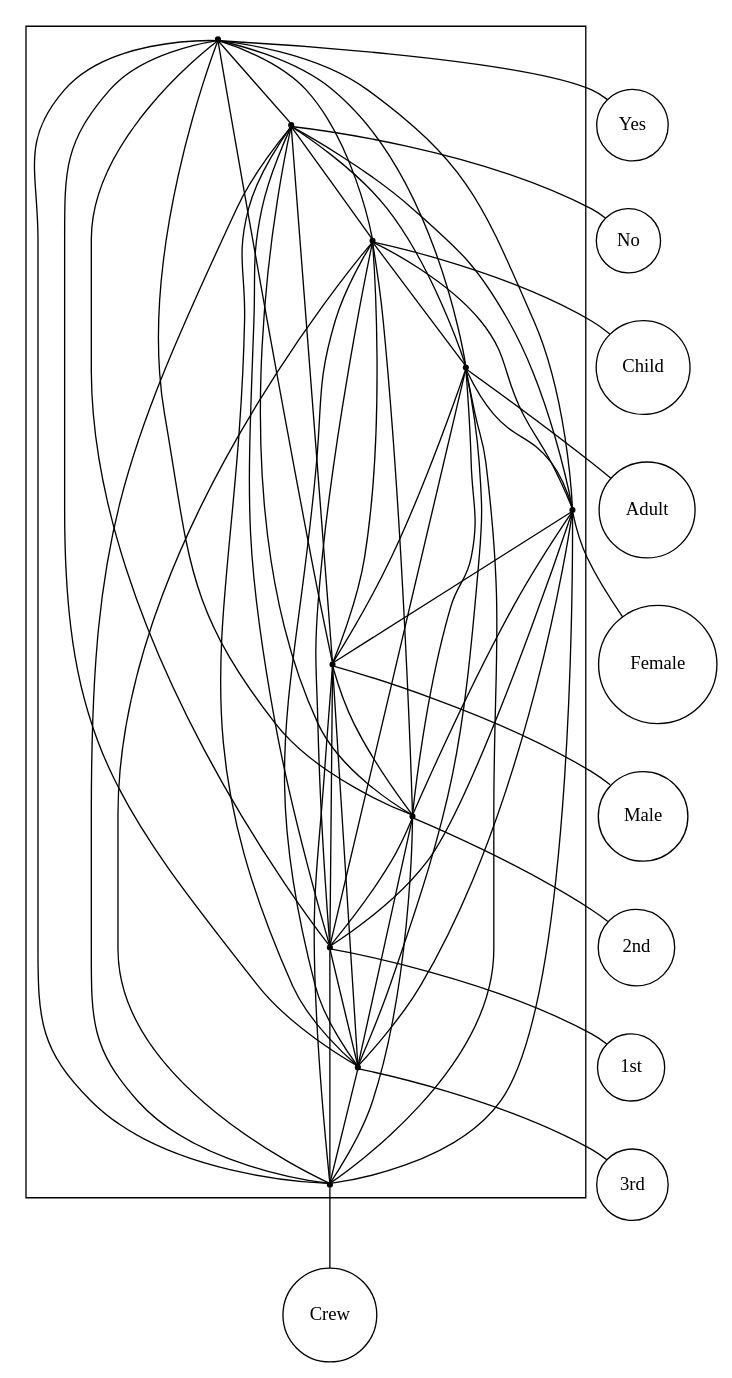
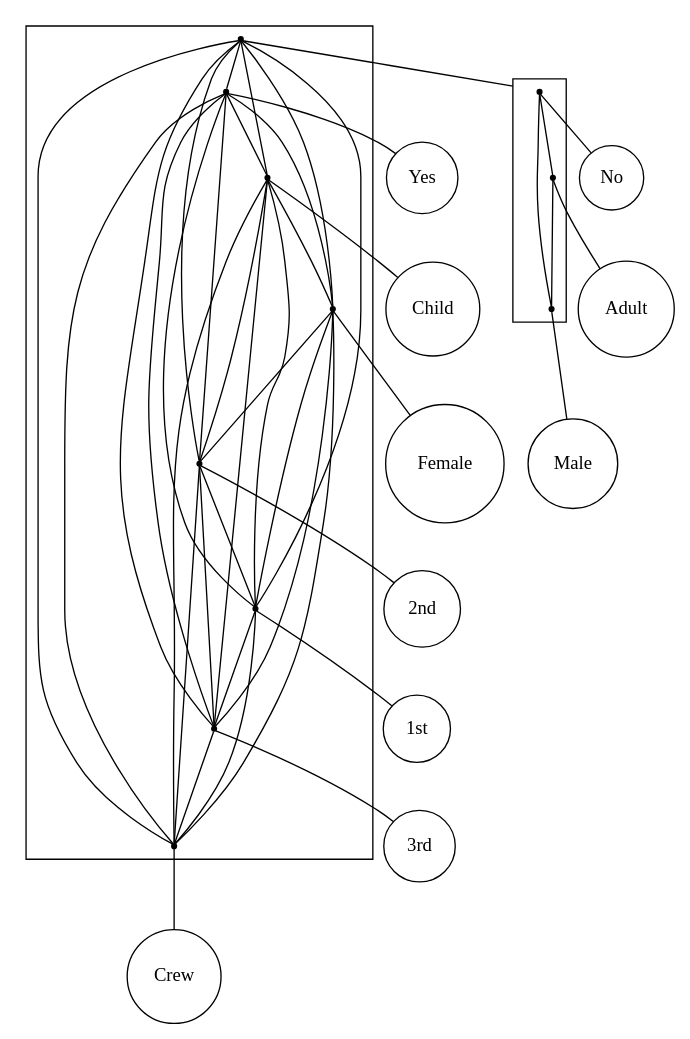
One commit to lrodrin/TFG changed the diagram in src/final/plain_2-structure_with_threshold.dot. Above: the diagram before and after it, drawn with Graphviz. The commit also changed 3 other files, not shown here.

```diff
--- a/src/final/plain_2-structure_with_threshold.dot
+++ b/src/final/plain_2-structure_with_threshold.dot
@@ -1,76 +1,67 @@
 strict digraph "plain_2-structure_with_threshold" {
 compound=true;
 fontname=Verdana;
 fontsize=12;
 newrank=true;
 node [shape=circle];
 Yes;
-No;
 Child;
-Adult;
 Female;
-Male;
 "2nd";
 "1st";
 "3rd";
 Crew;
-subgraph cluster_MaleYesAdult3rdCrewChildFemaleNo1st2nd {
+No;
+Adult;
+Male;
+subgraph cluster_ChildFemaleNoMale3rdCrew1stYes2ndAdult {
 node [shape=point];
-s_Yes -> s_No  [arrowhead=none, color=black];
+s_AdultNoMale -> s_Yes  [arrowhead=none, color=black];
+s_AdultNoMale -> s_Child  [arrowhead=none, color=black];
+s_AdultNoMale -> s_Female  [arrowhead=none, color=black];
+s_AdultNoMale -> s_2nd  [arrowhead=none, color=black];
+s_AdultNoMale -> s_1st  [arrowhead=none, color=black];
+s_AdultNoMale -> s_3rd  [arrowhead=none, color=black];
+s_AdultNoMale -> s_Crew  [arrowhead=none, color=black];
 s_Yes -> s_Child  [arrowhead=none, color=black];
-s_Yes -> s_Adult  [arrowhead=none, color=black];
 s_Yes -> s_Female  [arrowhead=none, color=black];
-s_Yes -> s_Male  [arrowhead=none, color=black];
 s_Yes -> s_2nd  [arrowhead=none, color=black];
 s_Yes -> s_1st  [arrowhead=none, color=black];
 s_Yes -> s_3rd  [arrowhead=none, color=black];
 s_Yes -> s_Crew  [arrowhead=none, color=black];
-s_No -> s_Child  [arrowhead=none, color=black];
-s_No -> s_Adult  [arrowhead=none, color=black];
-s_No -> s_Female  [arrowhead=none, color=black];
-s_No -> s_Male  [arrowhead=none, color=black];
-s_No -> s_2nd  [arrowhead=none, color=black];
-s_No -> s_1st  [arrowhead=none, color=black];
-s_No -> s_3rd  [arrowhead=none, color=black];
-s_No -> s_Crew  [arrowhead=none, color=black];
-s_Child -> s_Adult  [arrowhead=none, color=black];
 s_Child -> s_Female  [arrowhead=none, color=black];
-s_Child -> s_Male  [arrowhead=none, color=black];
 s_Child -> s_2nd  [arrowhead=none, color=black];
 s_Child -> s_1st  [arrowhead=none, color=black];
 s_Child -> s_3rd  [arrowhead=none, color=black];
 s_Child -> s_Crew  [arrowhead=none, color=black];
-s_Adult -> s_Female  [arrowhead=none, color=black];
-s_Adult -> s_Male  [arrowhead=none, color=black];
-s_Adult -> s_2nd  [arrowhead=none, color=black];
-s_Adult -> s_1st  [arrowhead=none, color=black];
-s_Adult -> s_3rd  [arrowhead=none, color=black];
-s_Adult -> s_Crew  [arrowhead=none, color=black];
-s_Female -> s_Male  [arrowhead=none, color=black];
 s_Female -> s_2nd  [arrowhead=none, color=black];
 s_Female -> s_1st  [arrowhead=none, color=black];
 s_Female -> s_3rd  [arrowhead=none, color=black];
 s_Female -> s_Crew  [arrowhead=none, color=black];
-s_Male -> s_2nd  [arrowhead=none, color=black];
-s_Male -> s_1st  [arrowhead=none, color=black];
-s_Male -> s_3rd  [arrowhead=none, color=black];
-s_Male -> s_Crew  [arrowhead=none, color=black];
 s_2nd -> s_1st  [arrowhead=none, color=black];
 s_2nd -> s_3rd  [arrowhead=none, color=black];
 s_2nd -> s_Crew  [arrowhead=none, color=black];
 s_1st -> s_3rd  [arrowhead=none, color=black];
 s_1st -> s_Crew  [arrowhead=none, color=black];
 s_3rd -> s_Crew  [arrowhead=none, color=black];
 }
 
+subgraph cluster_AdultNoMale {
+node [shape=point];
+s_No -> s_Adult  [arrowhead=none, color=black];
+s_No -> s_Male  [arrowhead=none, color=black];
+s_Adult -> s_Male  [arrowhead=none, color=black];
+}
+
+s_AdultNoMale -> s_No  [arrowhead=none, lhead=cluster_AdultNoMale];
 s_Yes -> Yes  [arrowhead=none];
-s_No -> No  [arrowhead=none];
 s_Child -> Child  [arrowhead=none];
-s_Adult -> Adult  [arrowhead=none];
 s_Female -> Female  [arrowhead=none];
-s_Male -> Male  [arrowhead=none];
 s_2nd -> "2nd"  [arrowhead=none];
 s_1st -> "1st"  [arrowhead=none];
 s_3rd -> "3rd"  [arrowhead=none];
 s_Crew -> Crew  [arrowhead=none];
+s_No -> No  [arrowhead=none];
+s_Adult -> Adult  [arrowhead=none];
+s_Male -> Male  [arrowhead=none];
 }
```
